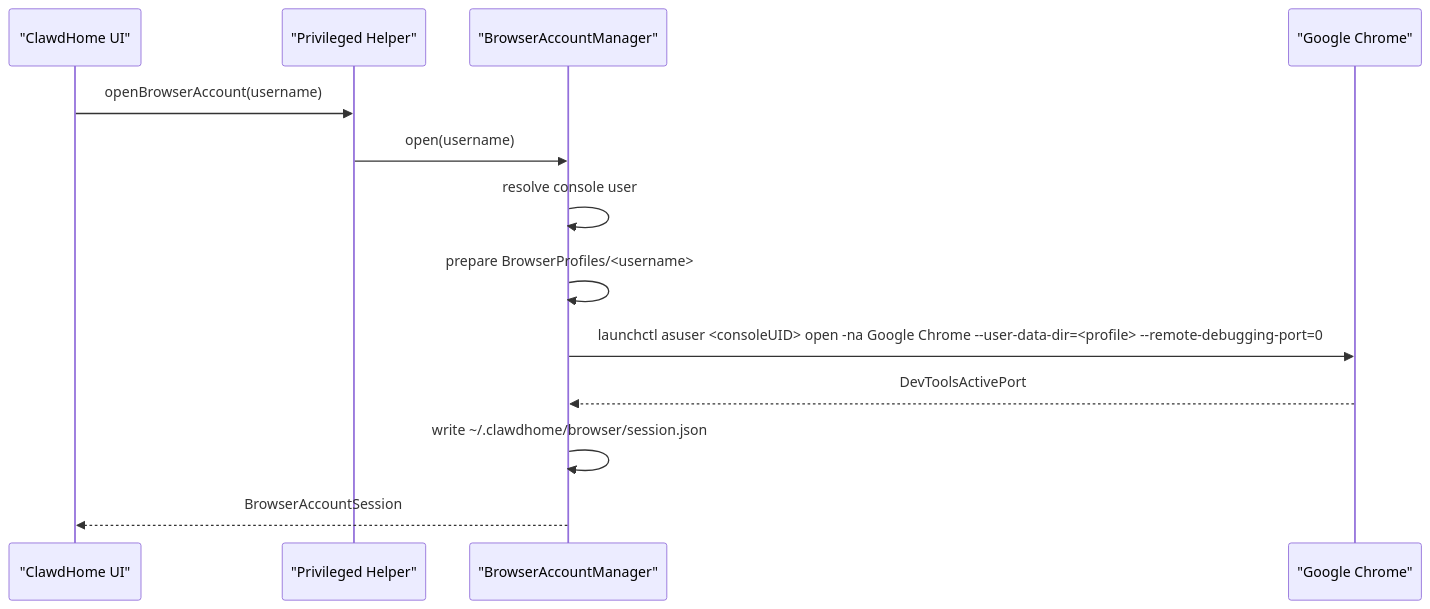
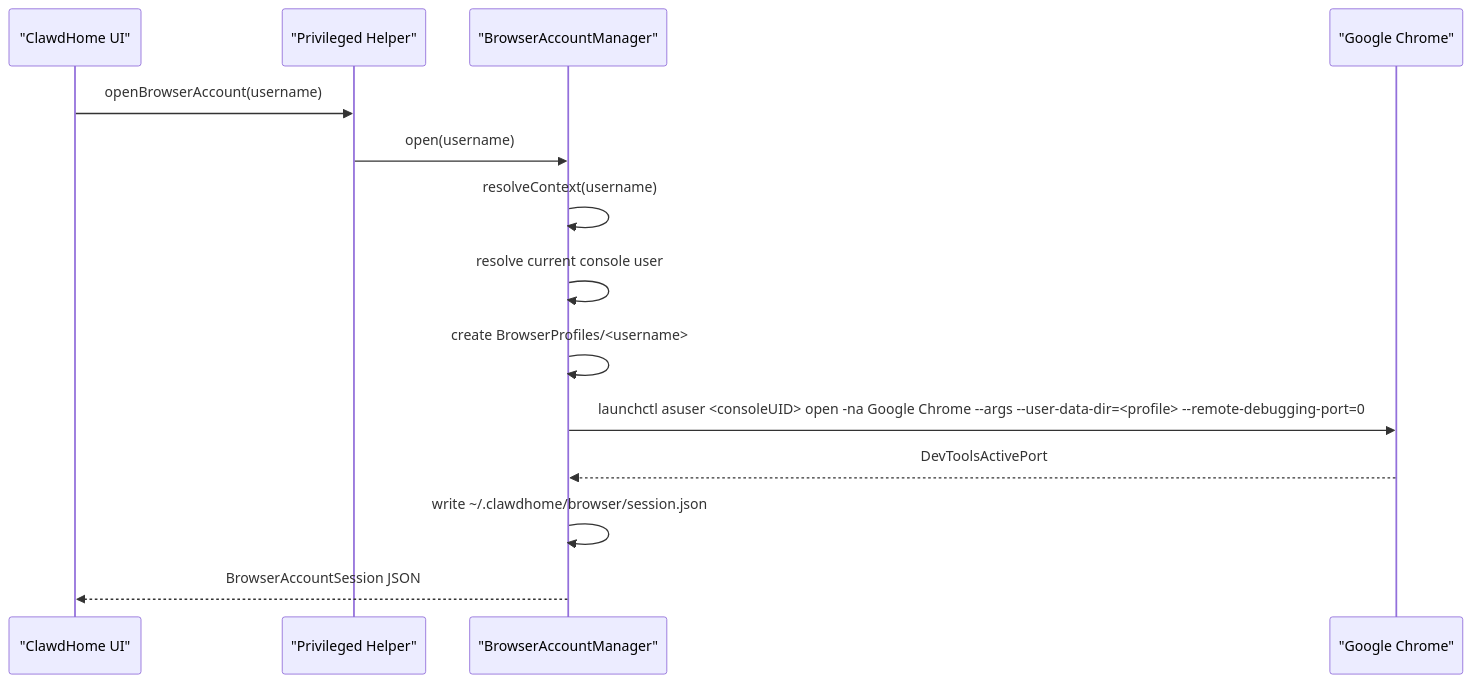
Before and after one commit to ThinkInAIXYZ/clawdhome: the first of 3 diagrams in docs/browser-account-technical-spec.md, drawn with Mermaid. The commit also changed other lines of this file and 2 other files, not shown here.

Commit message:
feat(browser): surface chrome install guidance

````diff
--- a/docs/browser-account-technical-spec.md
+++ b/docs/browser-account-technical-spec.md
@@ -48,16 +86,17 @@
 ```mermaid
 sequenceDiagram
     participant UI as "ClawdHome UI"
     participant Helper as "Privileged Helper"
     participant Manager as "BrowserAccountManager"
     participant Chrome as "Google Chrome"
 
     UI->>Helper: openBrowserAccount(username)
     Helper->>Manager: open(username)
-    Manager->>Manager: resolve console user
-    Manager->>Manager: prepare BrowserProfiles/<username>
-    Manager->>Chrome: launchctl asuser <consoleUID> open -na Google Chrome --user-data-dir=<profile> --remote-debugging-port=0
+    Manager->>Manager: resolveContext(username)
+    Manager->>Manager: resolve current console user
+    Manager->>Manager: create BrowserProfiles/<username>
+    Manager->>Chrome: launchctl asuser <consoleUID> open -na Google Chrome --args --user-data-dir=<profile> --remote-debugging-port=0
     Chrome-->>Manager: DevToolsActivePort
     Manager->>Manager: write ~/.clawdhome/browser/session.json
-    Manager-->>UI: BrowserAccountSession
+    Manager-->>UI: BrowserAccountSession JSON
 ```
````
